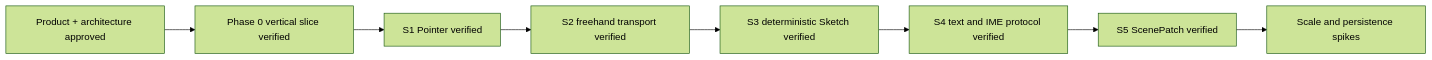
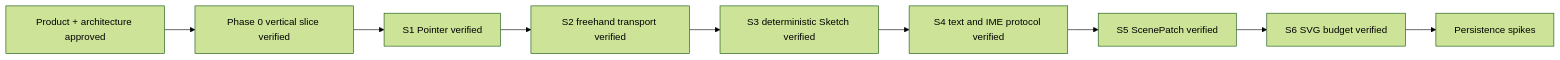
The diagram in docs/.state.md (deweyou/node-ink), drawn with Mermaid (forest theme) before and after one commit. The commit also changed other lines of this file and 11 other files, not shown here.

Commit message:
feat: establish svg scale and culling budgets

````diff
--- a/docs/.state.md
+++ b/docs/.state.md
@@ -3,10 +3,11 @@
 ```mermaid
 flowchart LR
     Design["Product + architecture approved"] --> Slice["Phase 0 vertical slice verified"]
     Slice --> Pointer["S1 Pointer verified"]
     Pointer --> Stroke["S2 freehand transport verified"]
     Stroke --> Sketch["S3 deterministic Sketch verified"]
     Sketch --> Text["S4 text and IME protocol verified"]
     Text --> Patch["S5 ScenePatch verified"]
-    Patch --> Spikes["Scale and persistence spikes"]
+    Patch --> Scale["S6 SVG budget verified"]
+    Scale --> Spikes["Persistence spikes"]
 ```
````
